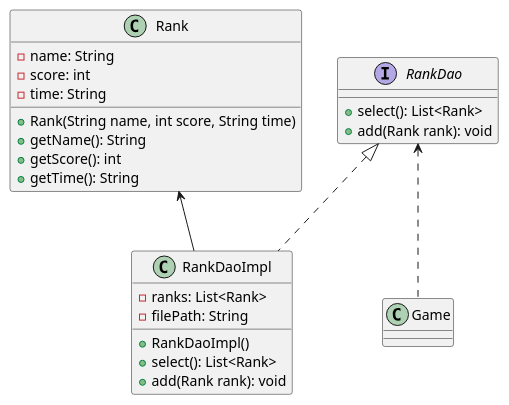
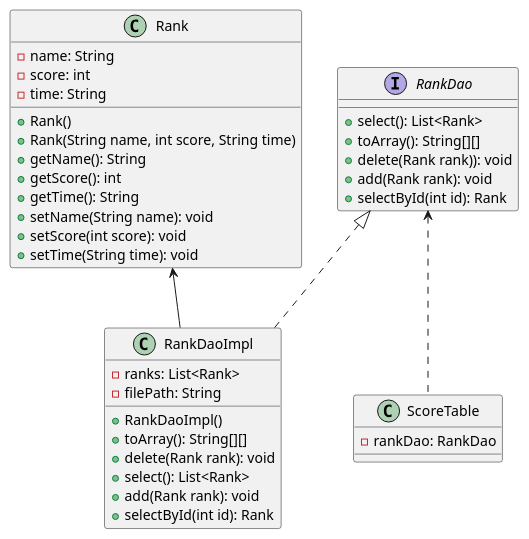
Before and after one commit to Elliot-04/AircraftWar: the diagram in uml/Dao.puml, drawn with PlantUML. The commit also changed 24 other files, not shown here.

```diff
--- a/uml/Dao.puml
+++ b/uml/Dao.puml
@@ -1,29 +1,43 @@
 @startuml
 'https://plantuml.com/class-diagram
 interface RankDao {
     + select(): List<Rank>
+    + toArray(): String[][]
+    + delete(Rank rank)): void
     + add(Rank rank): void
+    + selectById(int id): Rank
 }
 
 class RankDaoImpl {
     - ranks: List<Rank>
     - filePath: String
     + RankDaoImpl()
+    + toArray(): String[][]
+    + delete(Rank rank): void
     + select(): List<Rank>
     + add(Rank rank): void
+    + selectById(int id): Rank
 }
 
 class Rank {
     - name: String
     - score: int
     - time: String
+    + Rank()
     + Rank(String name, int score, String time)
     + getName(): String
     + getScore(): int
     + getTime(): String
+    + setName(String name): void
+    + setScore(int score): void
+    + setTime(String time): void
+}
+
+class ScoreTable {
+    - rankDao: RankDao
 }
 
 Rank <-- RankDaoImpl
 RankDao <|.. RankDaoImpl
-RankDao <.. Game
+RankDao <.. ScoreTable
 @enduml
```
